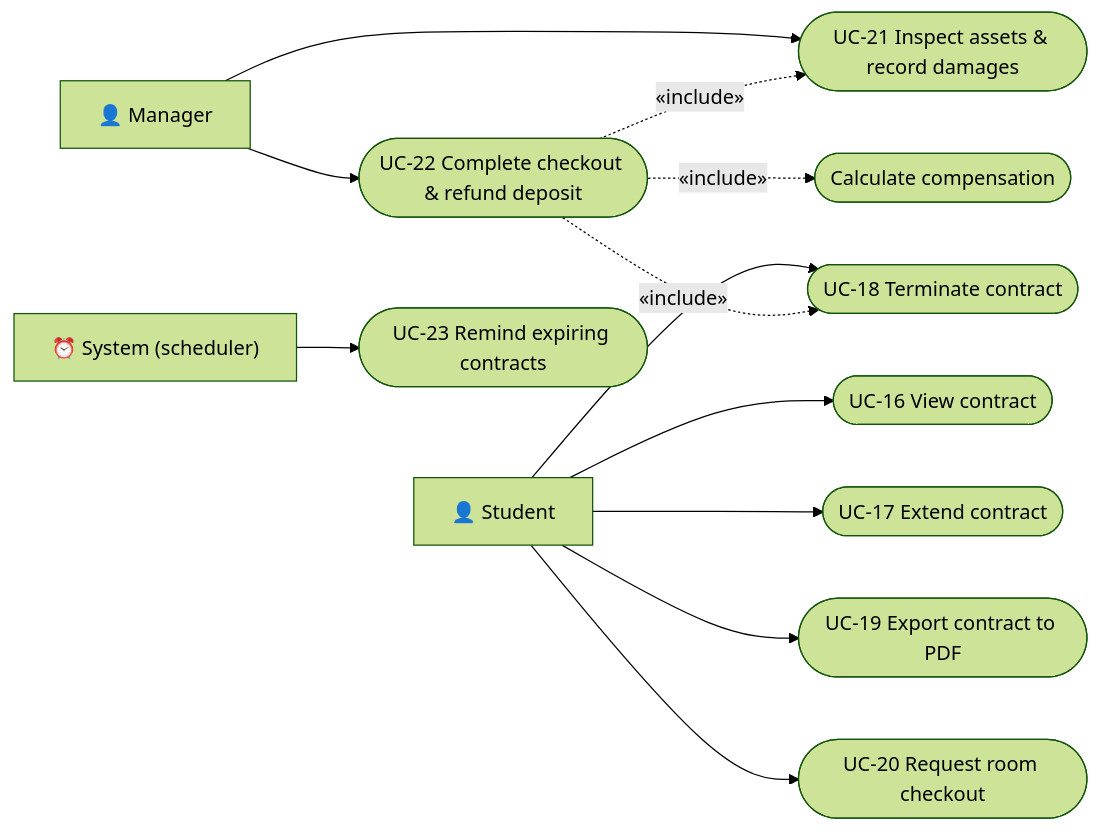
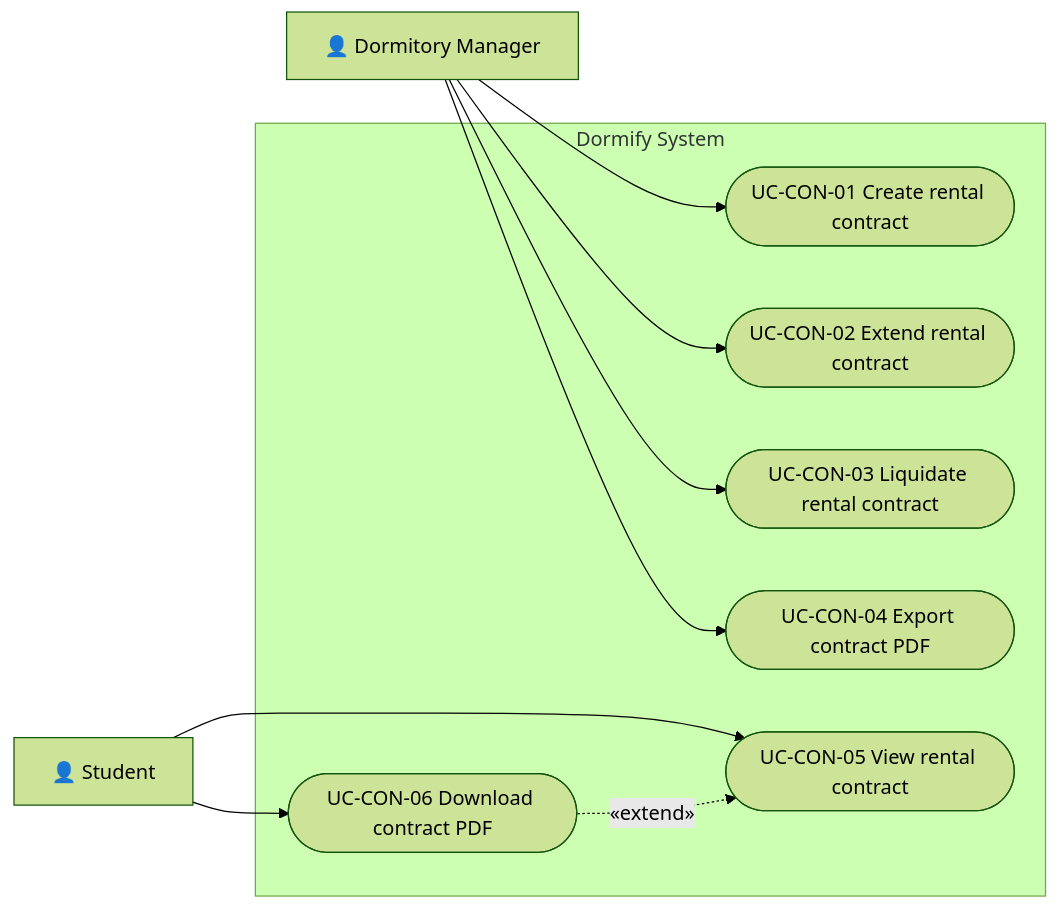
One commit to ddanh2436/Domitory_Management_Docs changed the fifth of 12 diagrams in docs/analysis-and-design/use-case-model.md. Above: the diagram before and after it, drawn with Mermaid (forest theme). The commit also changed other lines of this file, not shown here.

````diff
--- a/docs/analysis-and-design/use-case-model.md
+++ b/docs/analysis-and-design/use-case-model.md
@@ -95,29 +217,25 @@
 ```mermaid
 flowchart LR
     Student["👤 Student"]
-    Manager["👤 Manager"]
-    Cron["⏰ System (scheduler)"]
+    DormManager["👤 Dormitory Manager"]
 
-    UC16(["UC-16 View contract"])
-    UC17(["UC-17 Extend contract"])
-    UC18(["UC-18 Terminate contract"])
-    UC19(["UC-19 Export contract to PDF"])
-    UC20(["UC-20 Request room checkout"])
-    UC21(["UC-21 Inspect assets & record damages"])
-    UC22(["UC-22 Complete checkout & refund deposit"])
-    UC23(["UC-23 Remind expiring contracts"])
-    UCComp(["Calculate compensation"])
+    subgraph Dormify["Dormify System"]
+        UCC01(["UC-CON-01 Create rental contract"])
+        UCC02(["UC-CON-02 Extend rental contract"])
+        UCC03(["UC-CON-03 Liquidate rental contract"])
+        UCC04(["UC-CON-04 Export contract PDF"])
 
-    Student --> UC16
-    Student --> UC17
-    Student --> UC18
-    Student --> UC19
-    Student --> UC20
-    Manager --> UC21
-    Manager --> UC22
-    Cron --> UC23
+        UCC05(["UC-CON-05 View rental contract"])
+        UCC06(["UC-CON-06 Download contract PDF"])
+    end
 
-    UC22 -.->|«include»| UC21
-    UC22 -.->|«include»| UCComp
-    UC22 -.->|«include»| UC18
+    DormManager --> UCC01
+    DormManager --> UCC02
+    DormManager --> UCC03
+    DormManager --> UCC04
+
+    Student --> UCC05
+    Student --> UCC06
+
+    UCC06 -.->|«extend»| UCC05
 ```
````
